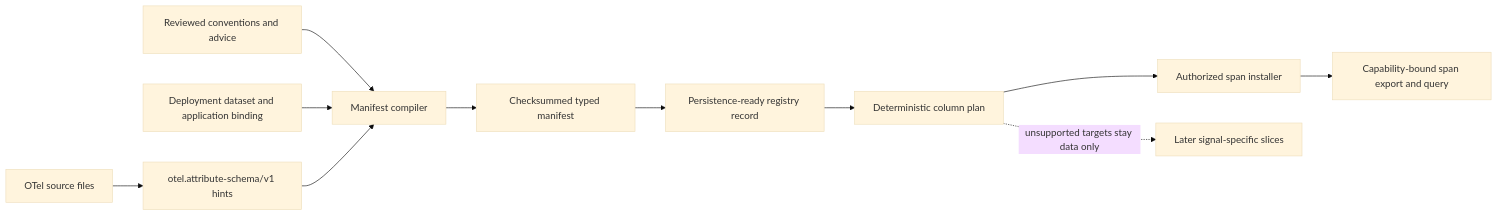
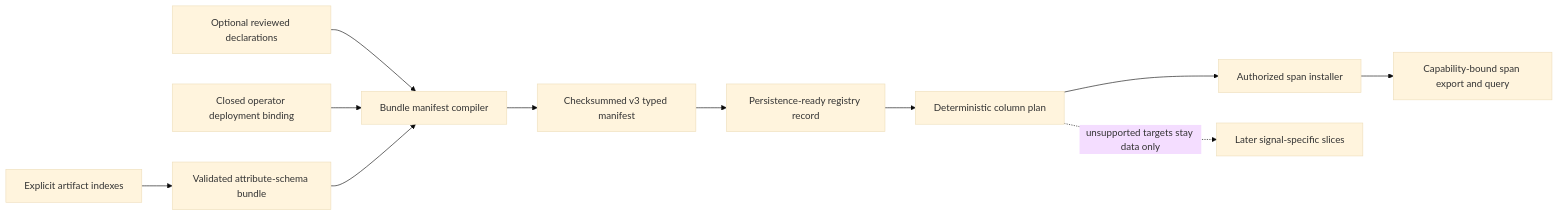
The diagram in docs/typed-attributes.md (chucklehead-dev/jolt-otel-clickhouse), drawn with Mermaid (base theme) before and after one commit. The commit also changed other lines of this file and 10 other files, not shown here.

First line of the commit message:
feat(attributes): compile approved schema bundles (#24)

````diff
--- a/docs/typed-attributes.md
+++ b/docs/typed-attributes.md
@@ -14,13 +14,13 @@
 ```mermaid
 flowchart LR
-    A[OTel source files] --> B[otel.attribute-schema/v1 hints]
-    C[Reviewed conventions and advice] --> D[Manifest compiler]
-    E[Deployment dataset and application binding] --> D
+    A[Explicit artifact indexes] --> B[Validated attribute-schema bundle]
+    C[Optional reviewed declarations] --> D[Bundle manifest compiler]
+    E[Closed operator deployment binding] --> D
     B --> D
-    D --> F[Checksummed typed manifest]
+    D --> F[Checksummed v3 typed manifest]
     F --> G[Persistence-ready registry record]
     G --> H[Deterministic column plan]
     H --> I[Authorized span installer]
     I --> J[Capability-bound span export and query]
     H -. unsupported targets stay data only .-> K[Later signal-specific slices]
 ```
````
